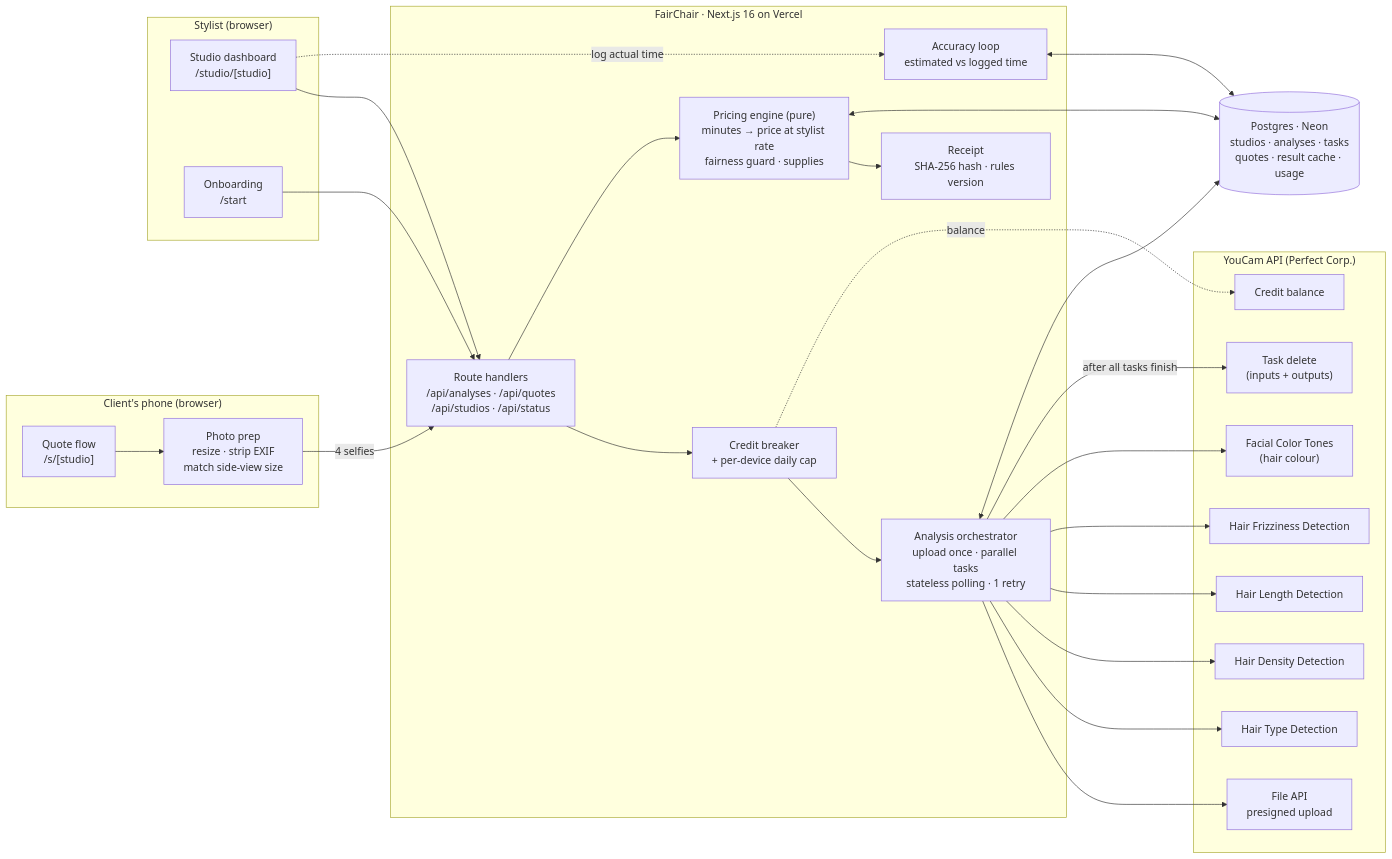
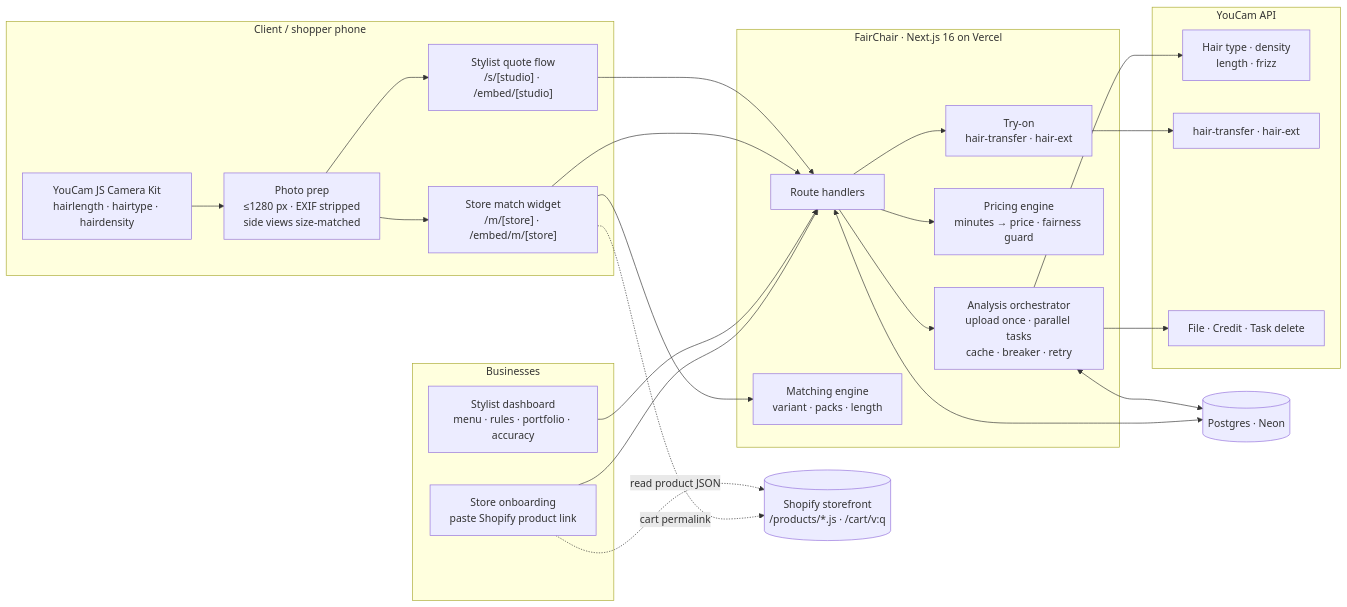
One commit to TusharTechs/fairchair changed the diagram in README.md. Above: the diagram before and after it, drawn with Mermaid. The commit also changed other lines of this file and 3 other files, not shown here.

Commit message:
Docs: README, Devpost draft, demo script and business model cover the store widget and Camera Kit

````diff
--- a/README.md
+++ b/README.md
@@ -66,49 +81,44 @@
 ```mermaid
 flowchart LR
-  subgraph Client["Client's phone (browser)"]
-    QF["Quote flow<br/>/s/[studio]"]
-    PREP["Photo prep<br/>resize · strip EXIF<br/>match side-view size"]
-    QF --> PREP
+  subgraph Browser["Client / shopper phone"]
+    CK["YouCam JS Camera Kit<br/>hairlength · hairtype · hairdensity"]
+    PREP["Photo prep<br/>≤1280 px · EXIF stripped<br/>side views size-matched"]
+    QF["Stylist quote flow<br/>/s/[studio] · /embed/[studio]"]
+    MF["Store match widget<br/>/m/[store] · /embed/m/[store]"]
+    CK --> PREP
+    PREP --> QF & MF
   end
 
-  subgraph Stylist["Stylist (browser)"]
-    DASH["Studio dashboard<br/>/studio/[studio]"]
-    START["Onboarding<br/>/start"]
+  subgraph Owners["Businesses"]
+    DASH["Stylist dashboard<br/>menu · rules · portfolio · accuracy"]
+    SHOPNEW["Store onboarding<br/>paste Shopify product link"]
   end
 
   subgraph App["FairChair · Next.js 16 on Vercel"]
-    API["Route handlers<br/>/api/analyses · /api/quotes<br/>/api/studios · /api/status"]
-    ORCH["Analysis orchestrator<br/>upload once · parallel tasks<br/>stateless polling · 1 retry"]
-    GUARD["Credit breaker<br/>+ per-device daily cap"]
-    ENGINE["Pricing engine (pure)<br/>minutes → price at stylist rate<br/>fairness guard · supplies"]
-    ACC["Accuracy loop<br/>estimated vs logged time"]
-    RECEIPT["Receipt<br/>SHA-256 hash · rules version"]
+    API["Route handlers"]
+    ORCH["Analysis orchestrator<br/>upload once · parallel tasks<br/>cache · breaker · retry"]
+    PRICE["Pricing engine<br/>minutes → price · fairness guard"]
+    MATCH["Matching engine<br/>variant · packs · length"]
+    TRY["Try-on<br/>hair-transfer · hair-ext"]
   end
 
-  subgraph YouCam["YouCam API (Perfect Corp.)"]
-    FILE["File API<br/>presigned upload"]
-    TYPE["Hair Type Detection"]
-    DENS["Hair Density Detection"]
-    LEN["Hair Length Detection"]
-    FRIZZ["Hair Frizziness Detection"]
-    TONE["Facial Color Tones<br/>(hair colour)"]
-    DEL["Task delete<br/>(inputs + outputs)"]
-    CREDIT["Credit balance"]
+  subgraph YouCam["YouCam API"]
+    DET["Hair type · density<br/>length · frizz"]
+    VTO["hair-transfer · hair-ext"]
+    FILE["File · Credit · Task delete"]
   end
 
-  DB[("Postgres · Neon<br/>studios · analyses · tasks<br/>quotes · result cache · usage")]
+  SHOP[("Shopify storefront<br/>/products/*.js · /cart/v:q")]
+  DB[("Postgres · Neon")]
 
-  PREP -- "4 selfies" --> API
-  DASH --> API
-  START --> API
-  API --> GUARD --> ORCH
-  GUARD -. "balance" .-> CREDIT
+  QF & MF --> API
+  DASH & SHOPNEW --> API
+  API --> ORCH --> DET
   ORCH --> FILE
-  ORCH --> TYPE & DENS & LEN & FRIZZ & TONE
-  ORCH -- "after all tasks finish" --> DEL
-  ORCH <--> DB
-  API --> ENGINE --> RECEIPT
-  ENGINE <--> DB
-  ACC <--> DB
-  DASH -. "log actual time" .-> ACC
+  API --> TRY --> VTO
+  API --> PRICE
+  MF --> MATCH
+  SHOPNEW -. "read product JSON" .-> SHOP
+  MF -. "cart permalink" .-> SHOP
+  ORCH & API <--> DB
 ```
````
